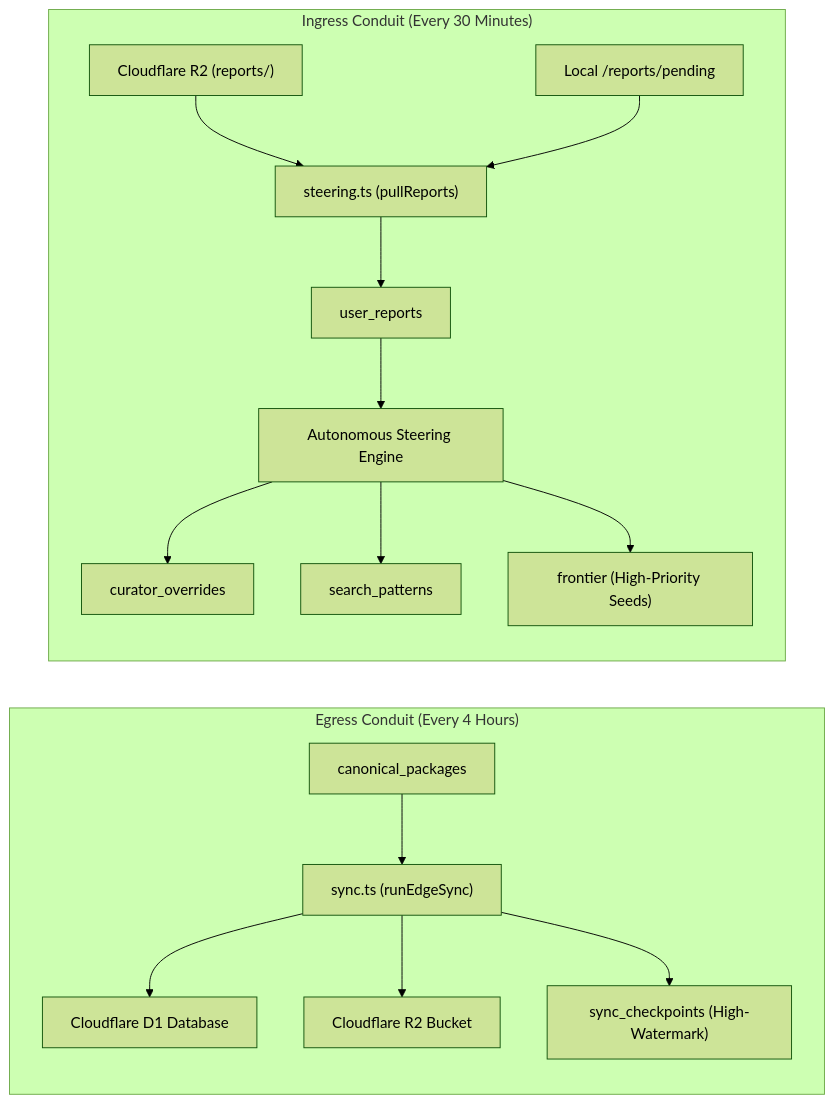
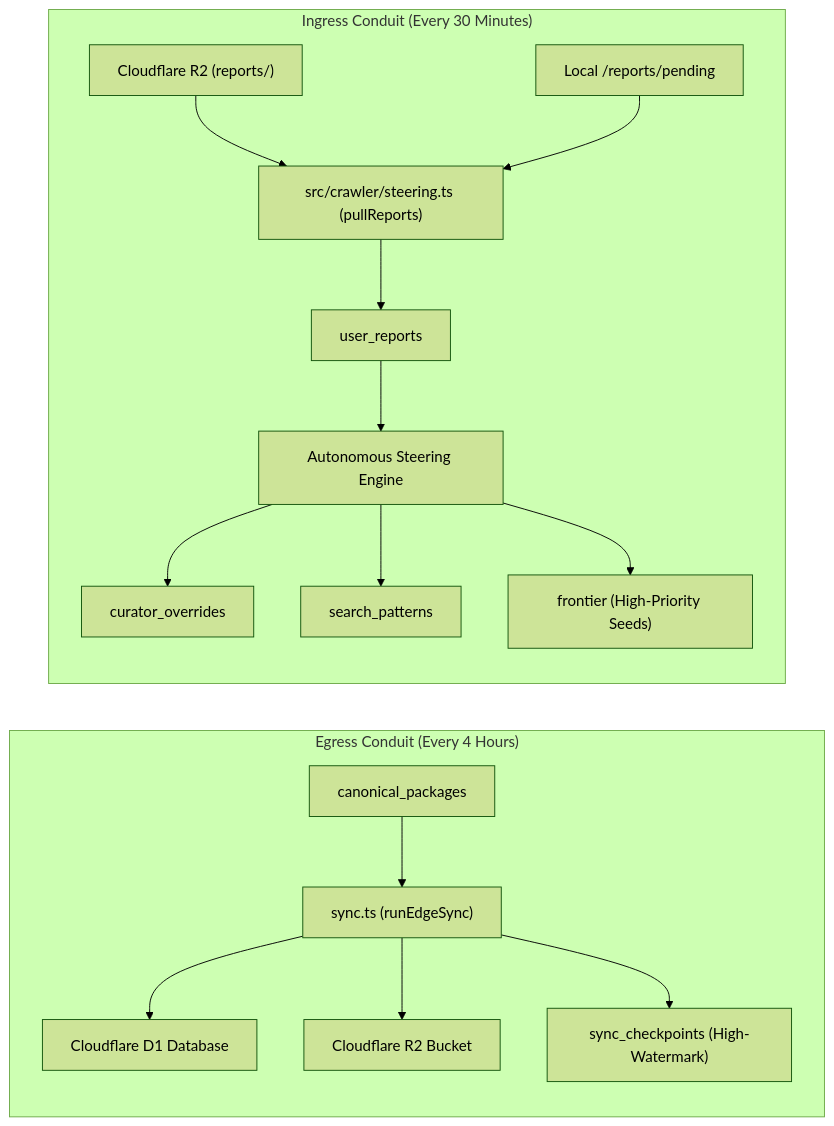
The third of 3 diagrams in docs/COMPREHENSIVE_SYSTEM_ARCHITECTURE.md (SlamTheDragon/vrc-package-crawler), drawn with Mermaid (forest theme) before and after one commit. The commit also changed other lines of this file and 35 other files, not shown here.

````diff
--- a/docs/COMPREHENSIVE_SYSTEM_ARCHITECTURE.md
+++ b/docs/COMPREHENSIVE_SYSTEM_ARCHITECTURE.md
@@ -119,19 +119,19 @@
 ```mermaid
 flowchart LR
     subgraph Egress ["Egress Conduit (Every 4 Hours)"]
         CP["canonical_packages"] --> Sync["sync.ts (runEdgeSync)"]
         Sync --> D1["Cloudflare D1 Database"]
         Sync --> R2["Cloudflare R2 Bucket"]
         Sync --> CP_Check["sync_checkpoints (High-Watermark)"]
     end
 
     subgraph Ingress ["Ingress Conduit (Every 30 Minutes)"]
-        CF_R2["Cloudflare R2 (reports/)"] --> Pull["steering.ts (pullReports)"]
+        CF_R2["Cloudflare R2 (reports/)"] --> Pull["src/crawler/steering.ts (pullReports)"]
         Local["Local /reports/pending"] --> Pull
         Pull --> Buffer["user_reports"]
         Buffer --> Engine["Autonomous Steering Engine"]
         Engine --> Overrides["curator_overrides"]
         Engine --> Patterns["search_patterns"]
         Engine --> Frontier["frontier (High-Priority Seeds)"]
     end
 ```
````
